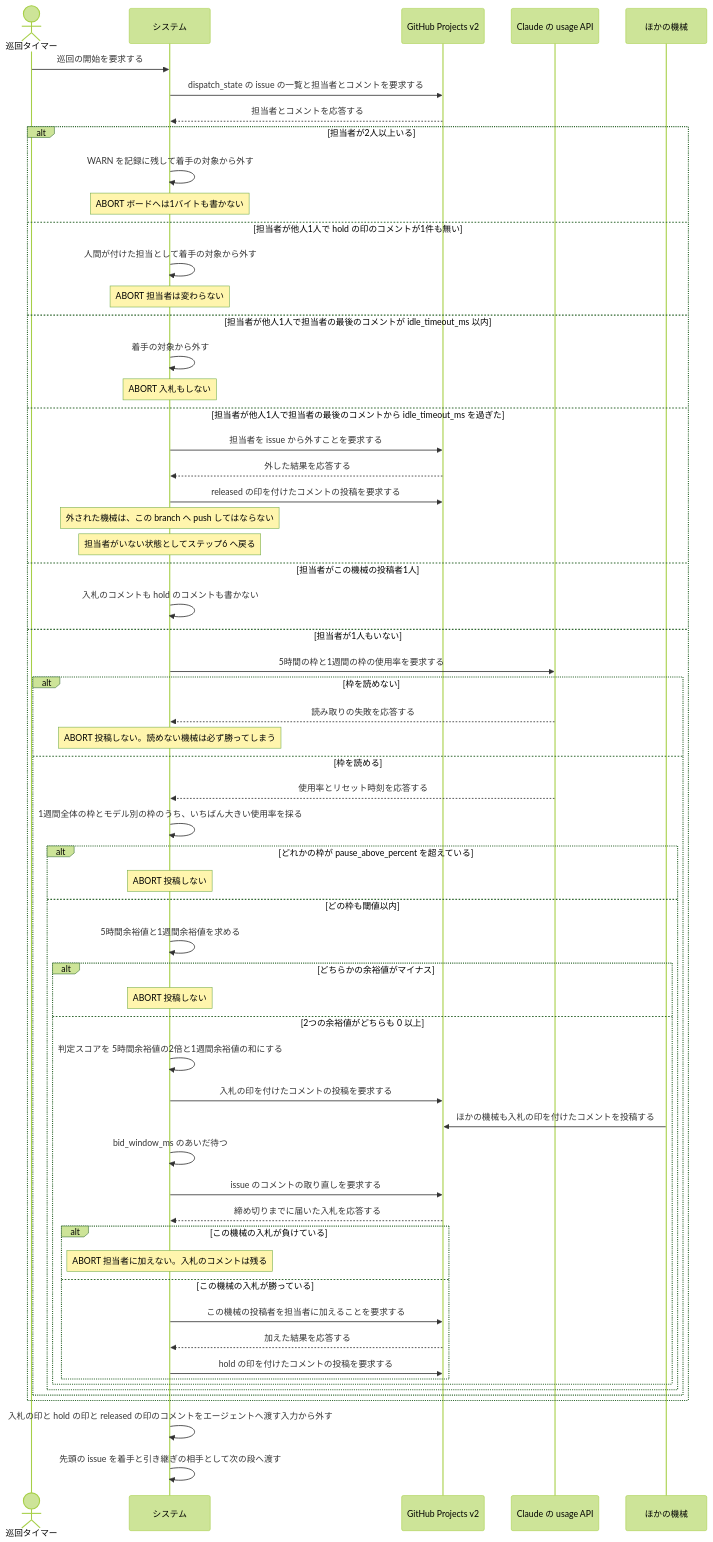
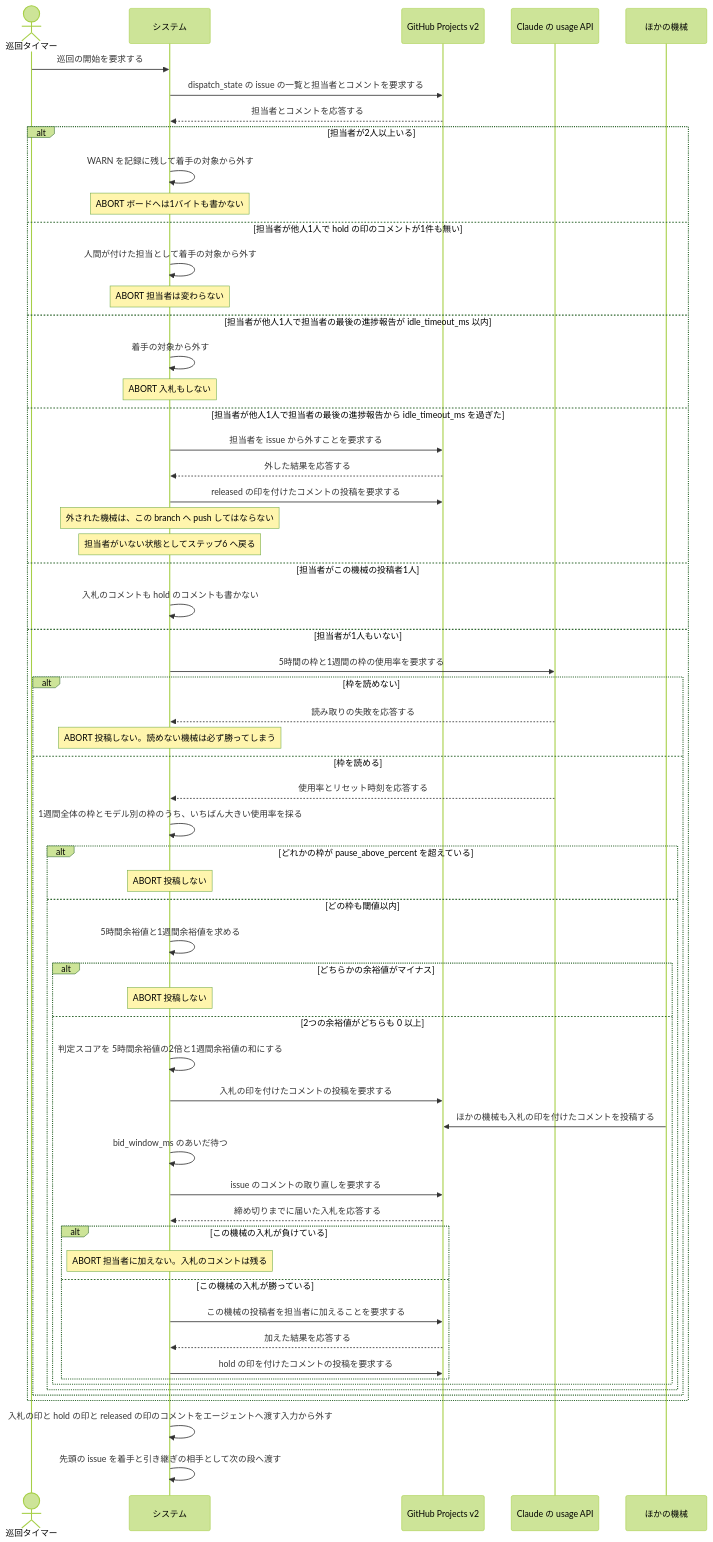
One commit to maimuzo/continuo changed the second of 2 diagrams in docs/spec/usecases/particular_case/issue の担当を入札で決める.rucm.md. Above: the diagram before and after it, drawn with Mermaid (forest theme). The commit also changed other lines of this file and 20 other files, not shown here.

````diff
--- a/docs/spec/usecases/particular_case/issue の担当を入札で決める.rucm.md
+++ b/docs/spec/usecases/particular_case/issue の担当を入札で決める.rucm.md
@@ -395,63 +404,63 @@
 ```mermaid
 sequenceDiagram
     actor T as 巡回タイマー
     participant S as システム
     participant GH as GitHub Projects v2
     participant Q as Claude の usage API
     participant M as ほかの機械
 
     T->>S: 巡回の開始を要求する
     S->>GH: dispatch_state の issue の一覧と担当者とコメントを要求する
     GH-->>S: 担当者とコメントを応答する
     alt 担当者が2人以上いる
         S->>S: WARN を記録に残して着手の対象から外す
         Note over S: ABORT ボードへは1バイトも書かない
     else 担当者が他人1人で hold の印のコメントが1件も無い
         S->>S: 人間が付けた担当として着手の対象から外す
         Note over S: ABORT 担当者は変わらない
-    else 担当者が他人1人で担当者の最後のコメントが idle_timeout_ms 以内
+    else 担当者が他人1人で担当者の最後の進捗報告が idle_timeout_ms 以内
         S->>S: 着手の対象から外す
         Note over S: ABORT 入札もしない
-    else 担当者が他人1人で担当者の最後のコメントから idle_timeout_ms を過ぎた
+    else 担当者が他人1人で担当者の最後の進捗報告から idle_timeout_ms を過ぎた
         S->>GH: 担当者を issue から外すことを要求する
         GH-->>S: 外した結果を応答する
         S->>GH: released の印を付けたコメントの投稿を要求する
         Note over S: 外された機械は、この branch へ push してはならない
         Note over S: 担当者がいない状態としてステップ6 へ戻る
     else 担当者がこの機械の投稿者1人
         S->>S: 入札のコメントも hold のコメントも書かない
     else 担当者が1人もいない
         S->>Q: 5時間の枠と1週間の枠の使用率を要求する
         alt 枠を読めない
             Q-->>S: 読み取りの失敗を応答する
             Note over S: ABORT 投稿しない。読めない機械は必ず勝ってしまう
         else 枠を読める
             Q-->>S: 使用率とリセット時刻を応答する
             S->>S: 1週間全体の枠とモデル別の枠のうち、いちばん大きい使用率を採る
             alt どれかの枠が pause_above_percent を超えている
                 Note over S: ABORT 投稿しない
             else どの枠も閾値以内
                 S->>S: 5時間余裕値と1週間余裕値を求める
                 alt どちらかの余裕値がマイナス
                     Note over S: ABORT 投稿しない
                 else 2つの余裕値がどちらも 0 以上
                     S->>S: 判定スコアを 5時間余裕値の2倍と1週間余裕値の和にする
                     S->>GH: 入札の印を付けたコメントの投稿を要求する
                     M->>GH: ほかの機械も入札の印を付けたコメントを投稿する
                     S->>S: bid_window_ms のあいだ待つ
                     S->>GH: issue のコメントの取り直しを要求する
                     GH-->>S: 締め切りまでに届いた入札を応答する
                     alt この機械の入札が負けている
                         Note over S: ABORT 担当者に加えない。入札のコメントは残る
                     else この機械の入札が勝っている
                         S->>GH: この機械の投稿者を担当者に加えることを要求する
                         GH-->>S: 加えた結果を応答する
                         S->>GH: hold の印を付けたコメントの投稿を要求する
                     end
                 end
             end
         end
     end
     S->>S: 入札の印と hold の印と released の印のコメントをエージェントへ渡す入力から外す
     S->>S: 先頭の issue を着手と引き継ぎの相手として次の段へ渡す
 ```
````
